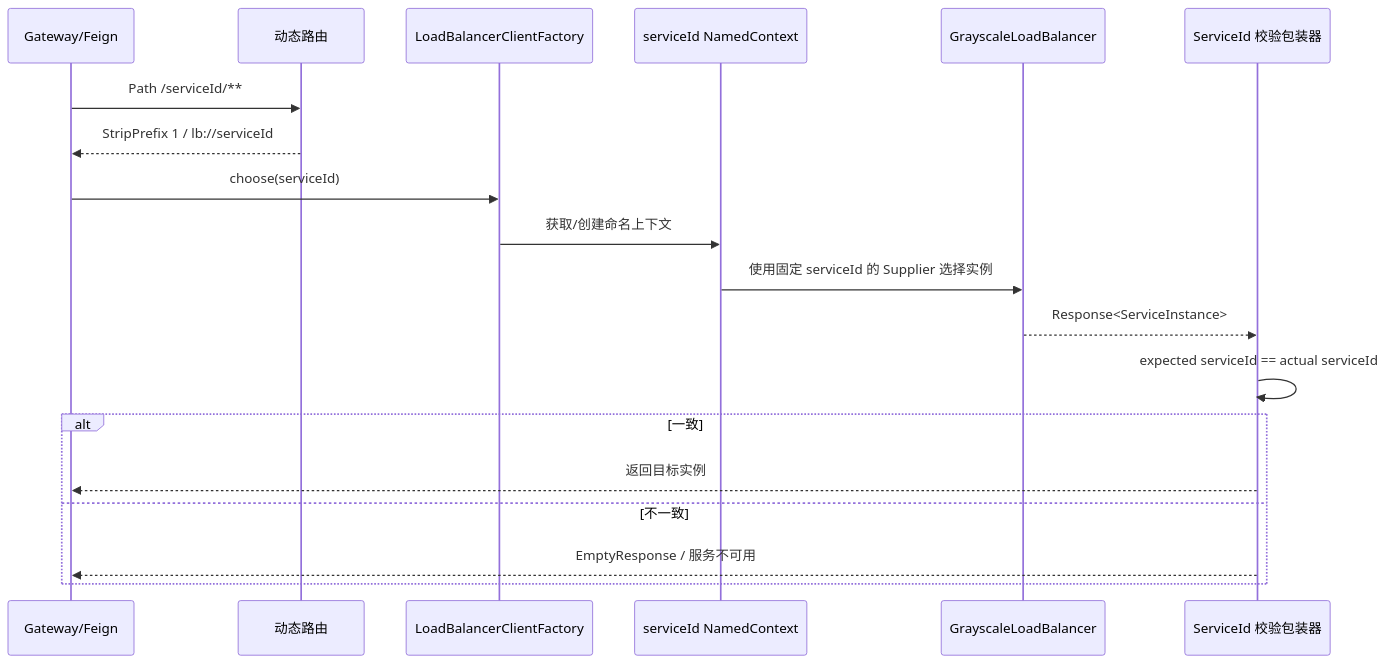
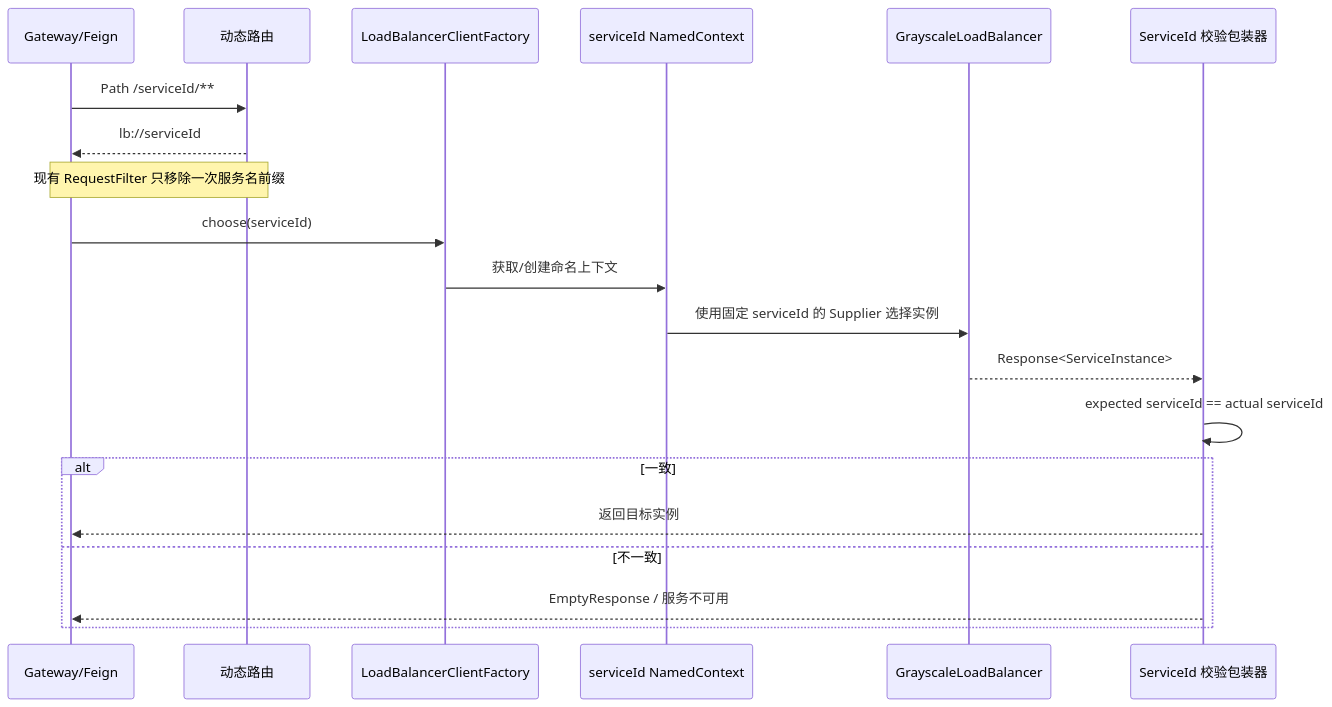
The second of 2 diagrams in doc/design/DESIGN-REQ-2026-007-loadbalancer-isolation.md (anInterestingName/SpringBlade), drawn with Mermaid before and after one commit. The commit also changed other lines of this file and 3 other files, not shown here.

````diff
--- a/doc/design/DESIGN-REQ-2026-007-loadbalancer-isolation.md
+++ b/doc/design/DESIGN-REQ-2026-007-loadbalancer-isolation.md
@@ -62,21 +62,22 @@
 ```mermaid
 sequenceDiagram
     participant R as Gateway/Feign
     participant D as 动态路由
     participant F as LoadBalancerClientFactory
     participant C as serviceId NamedContext
     participant G as GrayscaleLoadBalancer
     participant V as ServiceId 校验包装器
     R->>D: Path /serviceId/**
-    D-->>R: StripPrefix 1 / lb://serviceId
+    D-->>R: lb://serviceId
+    Note over R,D: 现有 RequestFilter 只移除一次服务名前缀
     R->>F: choose(serviceId)
     F->>C: 获取/创建命名上下文
     C->>G: 使用固定 serviceId 的 Supplier 选择实例
     G-->>V: Response<ServiceInstance>
     V->>V: expected serviceId == actual serviceId
     alt 一致
         V-->>R: 返回目标实例
     else 不一致
         V-->>R: EmptyResponse / 服务不可用
     end
 ```
````
